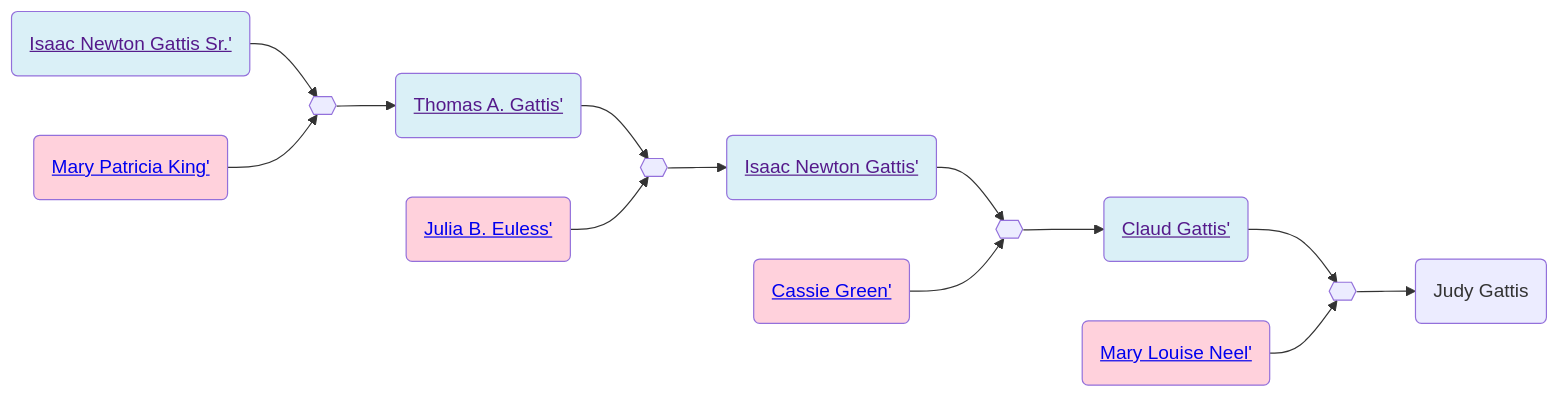
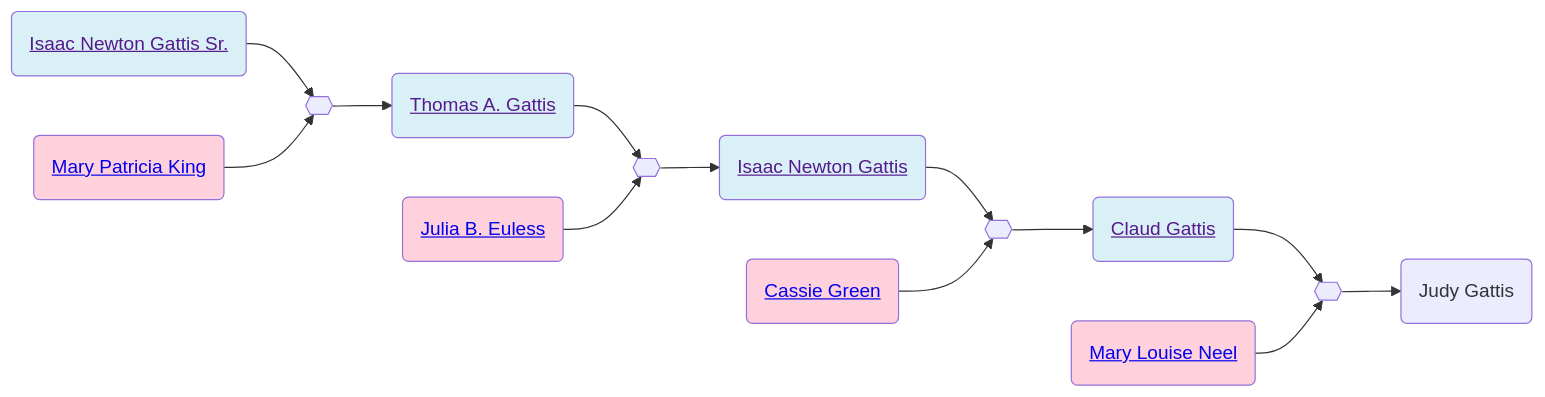
One commit to neelsmith/avocational changed the diagram in familyhistory/sources/people/Gattis-line/Isaac_Newton_Gattis_Sr..qmd. Above: the diagram before and after it, drawn with Mermaid. The commit also changed 96 other files, not shown here.

````diff
--- a/familyhistory/sources/people/Gattis-line/Isaac_Newton_Gattis_Sr..qmd
+++ b/familyhistory/sources/people/Gattis-line/Isaac_Newton_Gattis_Sr..qmd
@@ -26,32 +26,32 @@
 ```{mermaid}
 graph LR
 %% LR descendant diagram
 class Isaac_Newton_Gattis_Sr._and_Mary_Patricia_King marriage
-Isaac_Newton_Gattis_Sr.(<a href=''>Isaac Newton Gattis Sr.'</>) --> Isaac_Newton_Gattis_Sr._and_Mary_Patricia_King{{ }}
-Mary_Patricia_King(<a href='./Mary_Patricia_King.html'>Mary Patricia King'</>) --> Isaac_Newton_Gattis_Sr._and_Mary_Patricia_King{{ }}
+Isaac_Newton_Gattis_Sr.(<a href=''>Isaac Newton Gattis Sr.</a>) --> Isaac_Newton_Gattis_Sr._and_Mary_Patricia_King{{ }}
+Mary_Patricia_King(<a href='./Mary_Patricia_King.html'>Mary Patricia King</a>) --> Isaac_Newton_Gattis_Sr._and_Mary_Patricia_King{{ }}
 class Isaac_Newton_Gattis_Sr. father
 class Mary_Patricia_King mother
-Isaac_Newton_Gattis_Sr._and_Mary_Patricia_King{{ }} --> Thomas_A._Gattis(<a href='./Thomas_A._Gattis.html'>Thomas A. Gattis'</>)
+Isaac_Newton_Gattis_Sr._and_Mary_Patricia_King{{ }} --> Thomas_A._Gattis(<a href='./Thomas_A._Gattis.html'>Thomas A. Gattis</a>)
 class Thomas_A._Gattis_and_Julia_B._Euless marriage
-Thomas_A._Gattis(<a href=''>Thomas A. Gattis'</>) --> Thomas_A._Gattis_and_Julia_B._Euless{{ }}
-Julia_B._Euless(<a href='./Euless-line/Julia_B._Euless.html'>Julia B. Euless'</>) --> Thomas_A._Gattis_and_Julia_B._Euless{{ }}
+Thomas_A._Gattis(<a href=''>Thomas A. Gattis</a>) --> Thomas_A._Gattis_and_Julia_B._Euless{{ }}
+Julia_B._Euless(<a href='./Euless-line/Julia_B._Euless.html'>Julia B. Euless</a>) --> Thomas_A._Gattis_and_Julia_B._Euless{{ }}
 class Thomas_A._Gattis father
 class Julia_B._Euless mother
-Thomas_A._Gattis_and_Julia_B._Euless{{ }} --> Isaac_Newton_Gattis(<a href='./Isaac_Newton_Gattis.html'>Isaac Newton Gattis'</>)
+Thomas_A._Gattis_and_Julia_B._Euless{{ }} --> Isaac_Newton_Gattis(<a href='./Isaac_Newton_Gattis.html'>Isaac Newton Gattis</a>)
 class Isaac_Newton_Gattis_and_Cassie_Green marriage
-Isaac_Newton_Gattis(<a href=''>Isaac Newton Gattis'</>) --> Isaac_Newton_Gattis_and_Cassie_Green{{ }}
-Cassie_Green(<a href='./Green-line/Cassie_Green.html'>Cassie Green'</>) --> Isaac_Newton_Gattis_and_Cassie_Green{{ }}
+Isaac_Newton_Gattis(<a href=''>Isaac Newton Gattis</a>) --> Isaac_Newton_Gattis_and_Cassie_Green{{ }}
+Cassie_Green(<a href='./Green-line/Cassie_Green.html'>Cassie Green</a>) --> Isaac_Newton_Gattis_and_Cassie_Green{{ }}
 class Isaac_Newton_Gattis father
 class Cassie_Green mother
-Isaac_Newton_Gattis_and_Cassie_Green{{ }} --> Claud_Gattis(<a href='./Claud_Gattis.html'>Claud Gattis'</>)
+Isaac_Newton_Gattis_and_Cassie_Green{{ }} --> Claud_Gattis(<a href='./Claud_Gattis.html'>Claud Gattis</a>)
 class Claud_Gattis_and_Mary_Louise_Neel marriage
-Claud_Gattis(<a href=''>Claud Gattis'</>) --> Claud_Gattis_and_Mary_Louise_Neel{{ }}
-Mary_Louise_Neel(<a href='./../Neel-line/Mary_Louise_Neel.html'>Mary Louise Neel'</>) --> Claud_Gattis_and_Mary_Louise_Neel{{ }}
+Claud_Gattis(<a href=''>Claud Gattis</a>) --> Claud_Gattis_and_Mary_Louise_Neel{{ }}
+Mary_Louise_Neel(<a href='./../Neel-line/Mary_Louise_Neel.html'>Mary Louise Neel</a>) --> Claud_Gattis_and_Mary_Louise_Neel{{ }}
 class Claud_Gattis father
 class Mary_Louise_Neel mother
 Claud_Gattis_and_Mary_Louise_Neel{{ }} --> Judy_Gattis(Judy Gattis)
 classDef mother fill:#ffd1dc
 classDef father fill:#daf0f7  
 classDef marriage fill:#ffffff
 
 ```
````
